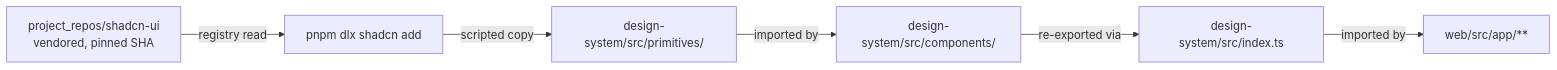
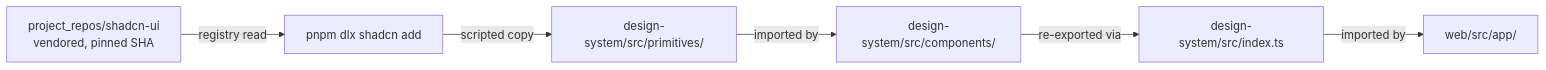
One commit to IntelliBridge/ndia-red-team-simulator changed the diagram in docs/dev/frontend.md. Above: the diagram before and after it, drawn with Mermaid. The commit also changed 8 other files, not shown here.

First line of the commit message:
mkdocs: fix every mermaid diagram against the Mermaid 11 parser

````diff
--- a/docs/dev/frontend.md
+++ b/docs/dev/frontend.md
@@ -65,15 +65,15 @@
 ```mermaid
 flowchart LR
-  upstream[project_repos/shadcn-ui<br/>vendored, pinned SHA]
-  cmd["pnpm dlx shadcn add <comp>"]
-  prims[design-system/src/primitives/]
-  comps[design-system/src/components/]
-  index[design-system/src/index.ts]
-  web[web/src/app/**]
+  upstream["project_repos/shadcn-ui<br/>vendored, pinned SHA"]
+  cmd["pnpm dlx shadcn add"]
+  prims["design-system/src/primitives/"]
+  comps["design-system/src/components/"]
+  index["design-system/src/index.ts"]
+  web["web/src/app/"]
 
   upstream -- "registry read" --> cmd
   cmd -- "scripted copy" --> prims
   prims -- "imported by" --> comps
   comps -- "re-exported via" --> index
   index -- "imported by" --> web
 ```
````
